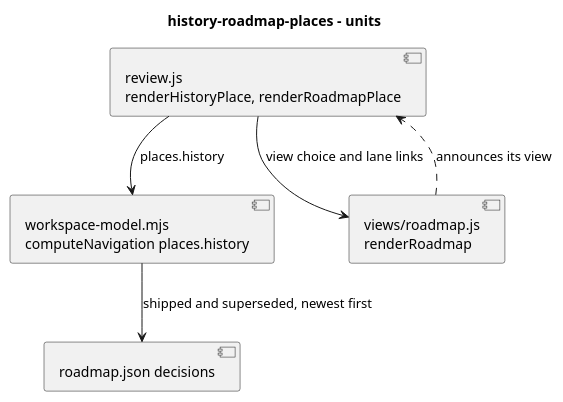
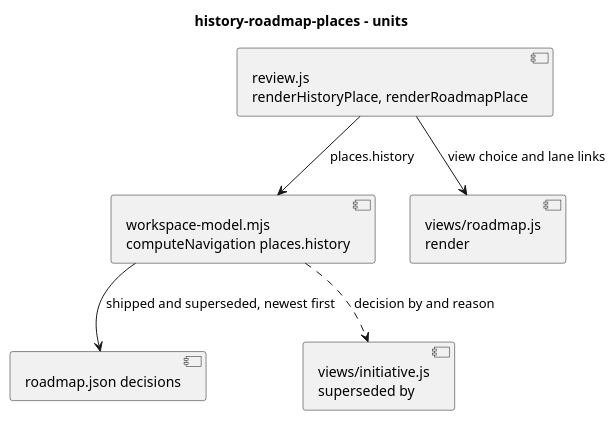
One commit to RumyantsevMichael/Prism changed the diagram in docs/plans/review-app-places/history-roadmap-places/code.puml. Above: the diagram before and after it, drawn with PlantUML. The commit also changed 4 other files, not shown here.

First line of the commit message:
docs(review): draw the roadmap as swim lanes and mute superseded work

```diff
--- a/docs/plans/review-app-places/history-roadmap-places/code.puml
+++ b/docs/plans/review-app-places/history-roadmap-places/code.puml
@@ -1,11 +1,12 @@
 @startuml
 title history-roadmap-places - units
 component "workspace-model.mjs\ncomputeNavigation places.history" as Model
 component "review.js\nrenderHistoryPlace, renderRoadmapPlace" as Sidebar
-component "views/roadmap.js\nrenderRoadmap" as Page
+component "views/roadmap.js\nrender" as Page
 component "roadmap.json decisions" as Roadmap
 Model --> Roadmap : shipped and superseded, newest first
 Sidebar --> Model : places.history
 Sidebar --> Page : view choice and lane links
-Page ..> Sidebar : announces its view
+component "views/initiative.js\nsuperseded by" as Initiative
+Model ..> Initiative : decision by and reason
 @enduml
```
